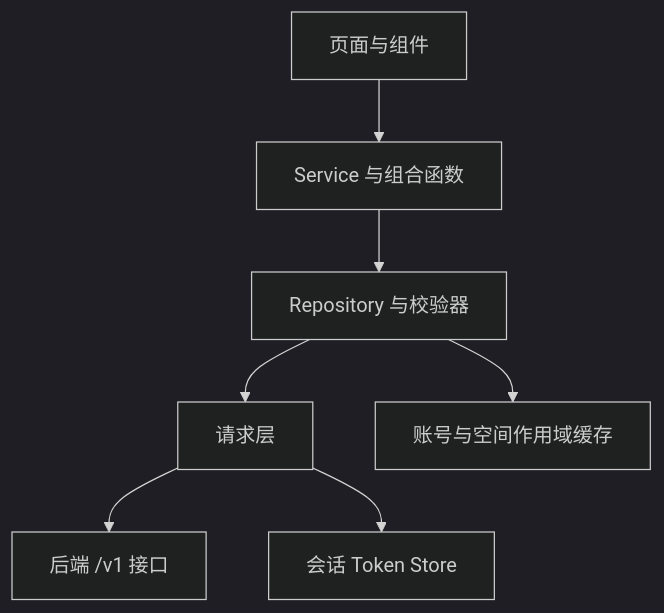
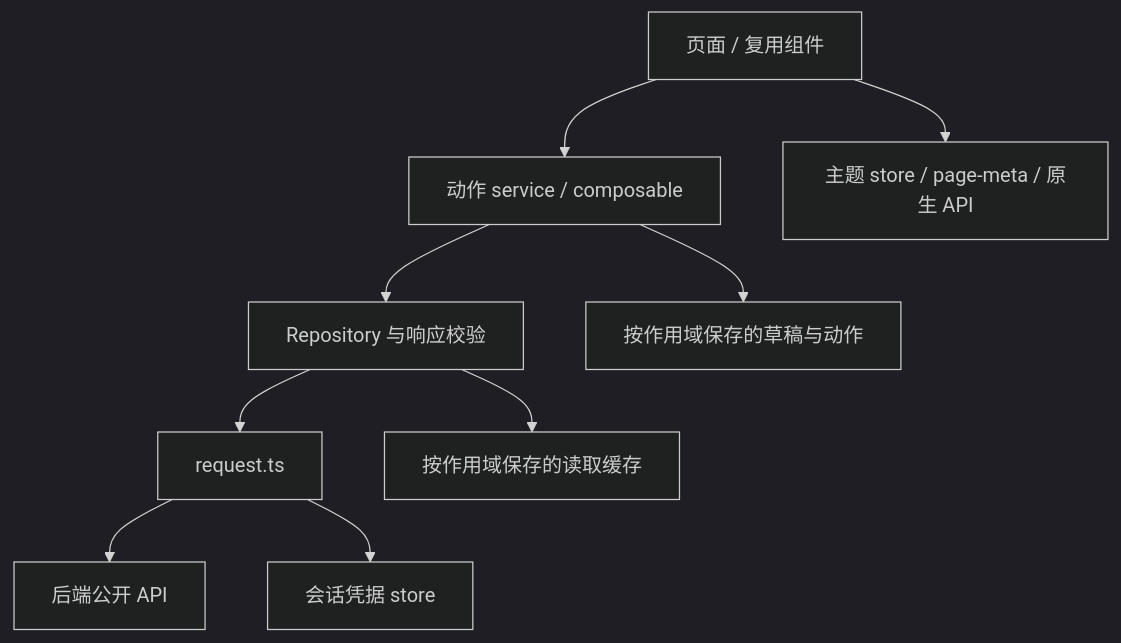
The first of 2 diagrams in zh/frontend/architecture.md (Orientation-CD/docs), drawn with Mermaid (dark theme) before and after one commit. The commit also changed other lines of this file and 187 other files, not shown here.

````diff
--- a/zh/frontend/architecture.md
+++ b/zh/frontend/architecture.md
@@ -5,9 +5,11 @@
 ```mermaid
 flowchart TB
-  P[页面与组件] --> S[Service 与组合函数]
-  S --> R[Repository 与校验器]
-  R --> H[请求层]
-  H --> API[后端 /v1 接口]
-  H --> T[会话 Token Store]
-  R --> C[账号与空间作用域缓存]
+  U[页面 / 复用组件] --> S[动作 service / composable]
+  S --> R[Repository 与响应校验]
+  R --> H[request.ts]
+  H --> API[后端公开 API]
+  H --> T[会话凭据 store]
+  S --> D[按作用域保存的草稿与动作]
+  R --> C[按作用域保存的读取缓存]
+  U --> TH[主题 store / page-meta / 原生 API]
 ```
````
